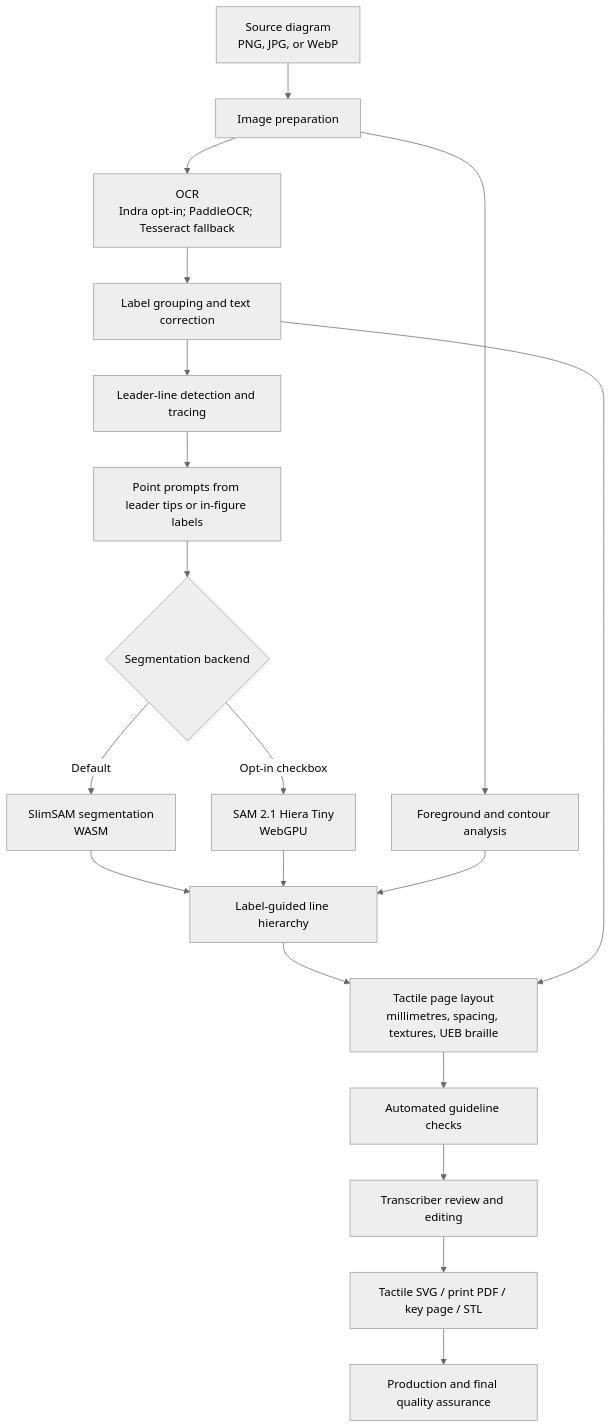
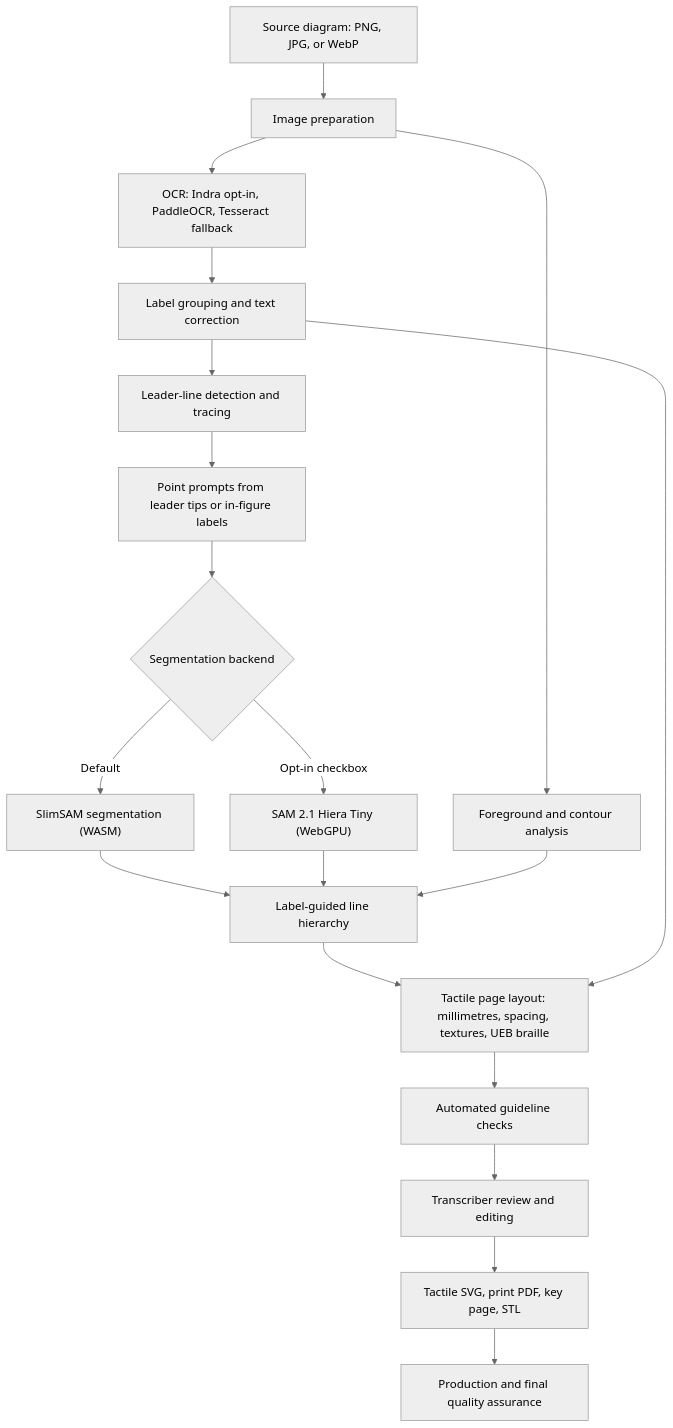
Before and after one commit to mrhunsaker/TactiDiagram: the diagram in README.md, drawn with Mermaid (neutral theme). The commit also changed 6 other files, not shown here.

First line of the commit message:
Docs/fix mermaid syntax (#41)

````diff
--- a/README.md
+++ b/README.md
@@ -33,21 +33,21 @@
 ```mermaid
 flowchart TD
-    A["Source diagram<br/>PNG, JPG, or WebP"] --> B["Image preparation"]
-    B --> C["OCR<br/>Indra opt-in; PaddleOCR; Tesseract fallback"]
+    A["Source diagram: PNG, JPG, or WebP"] --> B["Image preparation"]
+    B --> C["OCR: Indra opt-in, PaddleOCR, Tesseract fallback"]
     C --> D["Label grouping and text correction"]
     D --> E["Leader-line detection and tracing"]
     E --> F["Point prompts from leader tips or in-figure labels"]
     F --> G{"Segmentation backend"}
-    G -->|Default| S["SlimSAM segmentation<br/>WASM"]
-    G -->|Opt-in checkbox| S2["SAM 2.1 Hiera Tiny<br/>WebGPU"]
+    G -->|Default| S["SlimSAM segmentation (WASM)"]
+    G -->|Opt-in checkbox| S2["SAM 2.1 Hiera Tiny (WebGPU)"]
     B --> H["Foreground and contour analysis"]
     S --> I["Label-guided line hierarchy"]
     S2 --> I
     H --> I
-    I --> J["Tactile page layout<br/>millimetres, spacing, textures, UEB braille"]
+    I --> J["Tactile page layout: millimetres, spacing, textures, UEB braille"]
     D --> J
     J --> K["Automated guideline checks"]
     K --> L["Transcriber review and editing"]
-    L --> M["Tactile SVG / print PDF / key page / STL"]
+    L --> M["Tactile SVG, print PDF, key page, STL"]
     M --> N["Production and final quality assurance"]
 ```
````
